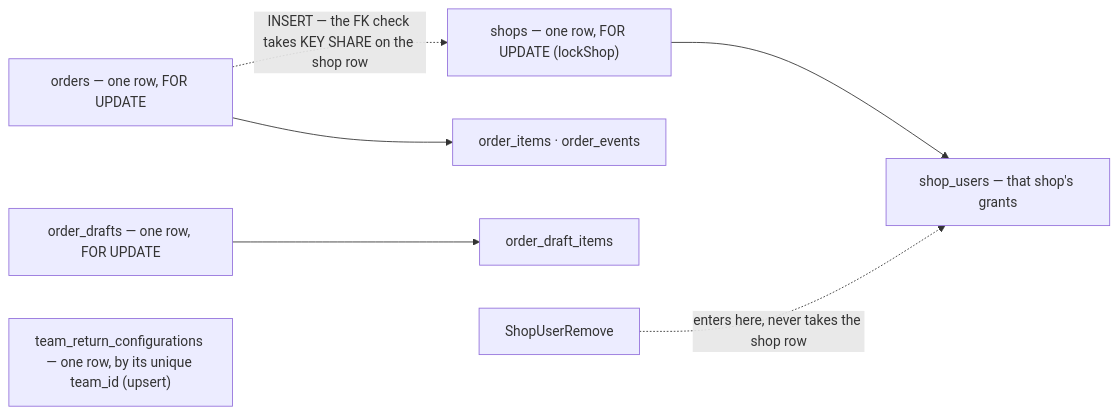
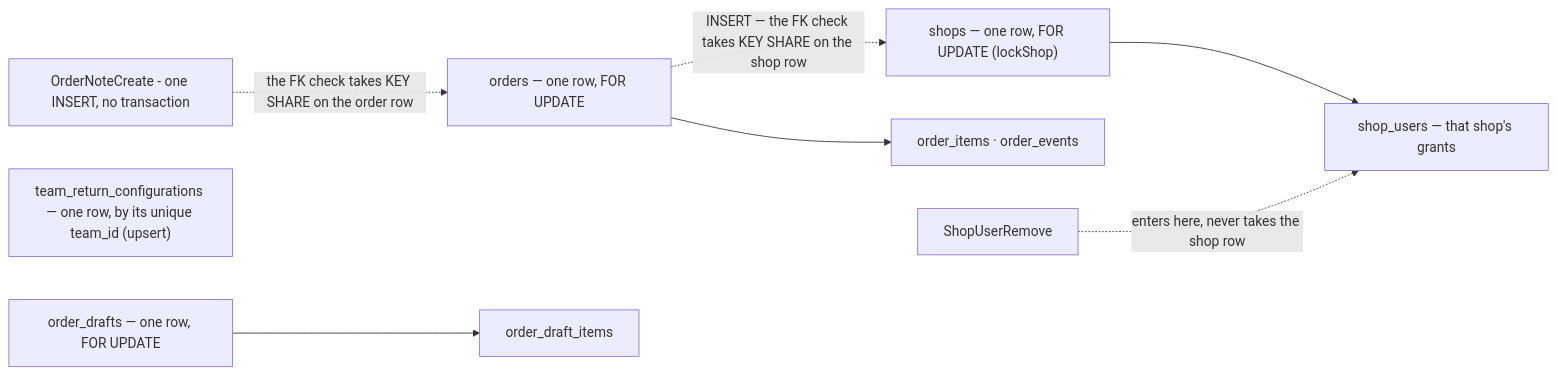
One commit to pdcgo/warehouse_revamp changed the diagram in audits/services/selling_service/concurrency/lock-order.md. Above: the diagram before and after it, drawn with Mermaid. The commit also changed other lines of this file and 346 other files, not shown here.

First line of the commit message:
feat(analytic): the graph and its Table/Graph tabs, metrics/suppliers on the contract — with the order, liability and shipment work in flight

````diff
--- a/audits/services/selling_service/concurrency/lock-order.md
+++ b/audits/services/selling_service/concurrency/lock-order.md
@@ -20,9 +20,10 @@
 ```mermaid
 flowchart LR
   S["shops — one row, FOR UPDATE (lockShop)"] --> SU["shop_users — that shop's grants"]
   O["orders — one row, FOR UPDATE"] --> OC["order_items · order_events"]
   D["order_drafts — one row, FOR UPDATE"] --> DC["order_draft_items"]
   RC["team_return_configurations — one row, by its unique team_id (upsert)"]
   O -. "INSERT — the FK check takes KEY SHARE on the shop row" .-> S
+  N["OrderNoteCreate - one INSERT, no transaction"] -. "the FK check takes KEY SHARE on the order row" .-> O
   R["ShopUserRemove"] -. "enters here, never takes the shop row" .-> SU
 ```
````
